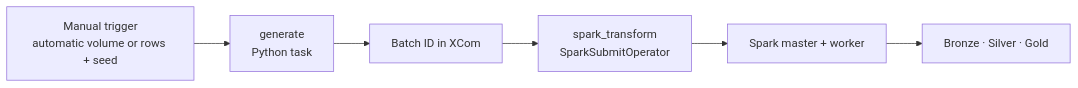
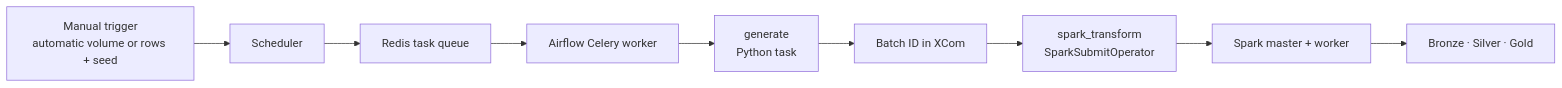
One commit to AlexHilberer/On-Prem-Data-Lakehouse changed the diagram in orchestration/README.md. Above: the diagram before and after it, drawn with Mermaid. The commit also changed other lines of this file and 33 other files, not shown here.

````diff
--- a/orchestration/README.md
+++ b/orchestration/README.md
@@ -20,8 +28,10 @@
 ```mermaid
 flowchart LR
-  Trigger["Manual trigger<br/>automatic volume or rows + seed"] --> Generate["generate<br/>Python task"]
+  Trigger["Manual trigger<br/>automatic volume or rows + seed"] --> Scheduler
+  Scheduler --> Redis["Redis task queue"] --> Worker["Airflow Celery worker"]
+  Worker --> Generate["generate<br/>Python task"]
   Generate --> Batch["Batch ID in XCom"]
   Batch --> SparkSubmit["spark_transform<br/>SparkSubmitOperator"]
   SparkSubmit --> Spark["Spark master + worker"]
   Spark --> Iceberg["Bronze · Silver · Gold"]
 ```
````
